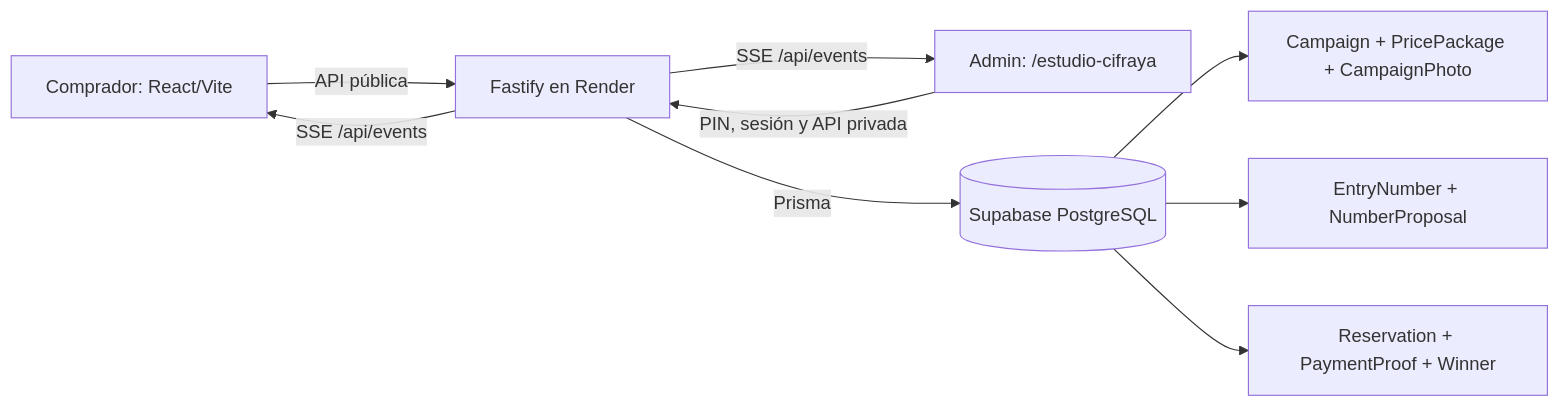
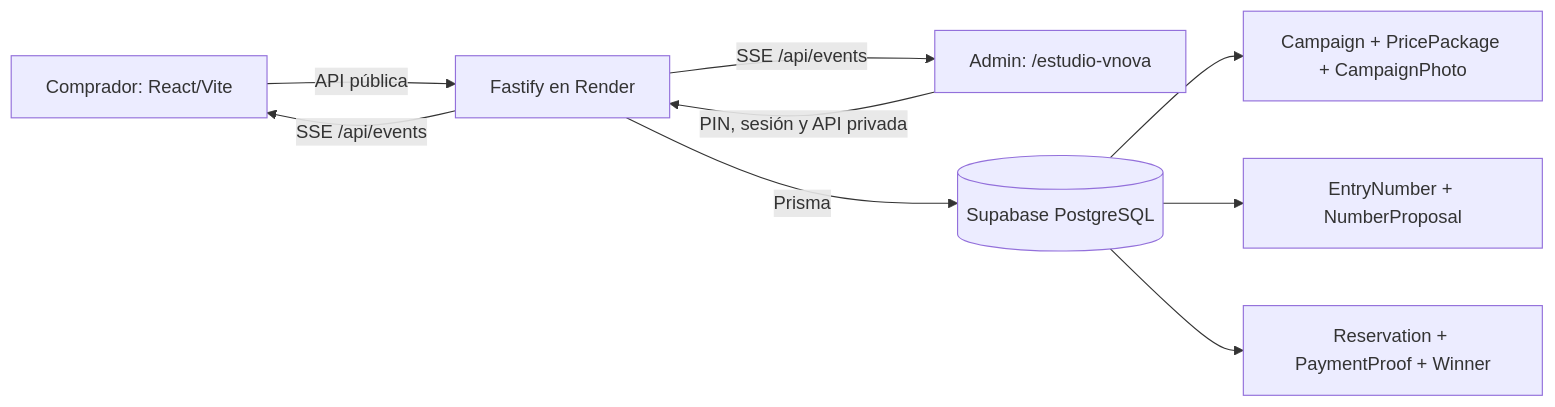
Before and after one commit to Coghi77/cifraya: the first of 2 diagrams in docs/PROJECT_GRAPH.md, drawn with Mermaid. The commit also changed other lines of this file and 4 other files, not shown here.

Commit message:
Rename admin route to estudio-vnova with legacy redirect

````diff
--- a/docs/PROJECT_GRAPH.md
+++ b/docs/PROJECT_GRAPH.md
@@ -5,11 +5,11 @@
 ```mermaid
 flowchart LR
   P[Comprador: React/Vite] -->|API pública| A[Fastify en Render]
-  M[Admin: /estudio-cifraya] -->|PIN, sesión y API privada| A
+  M[Admin: /estudio-vnova] -->|PIN, sesión y API privada| A
   A -->|Prisma| D[(Supabase PostgreSQL)]
   A -->|SSE /api/events| P
   A -->|SSE /api/events| M
   D --> C[Campaign + PricePackage + CampaignPhoto]
   D --> N[EntryNumber + NumberProposal]
   D --> R[Reservation + PaymentProof + Winner]
 ```
````
